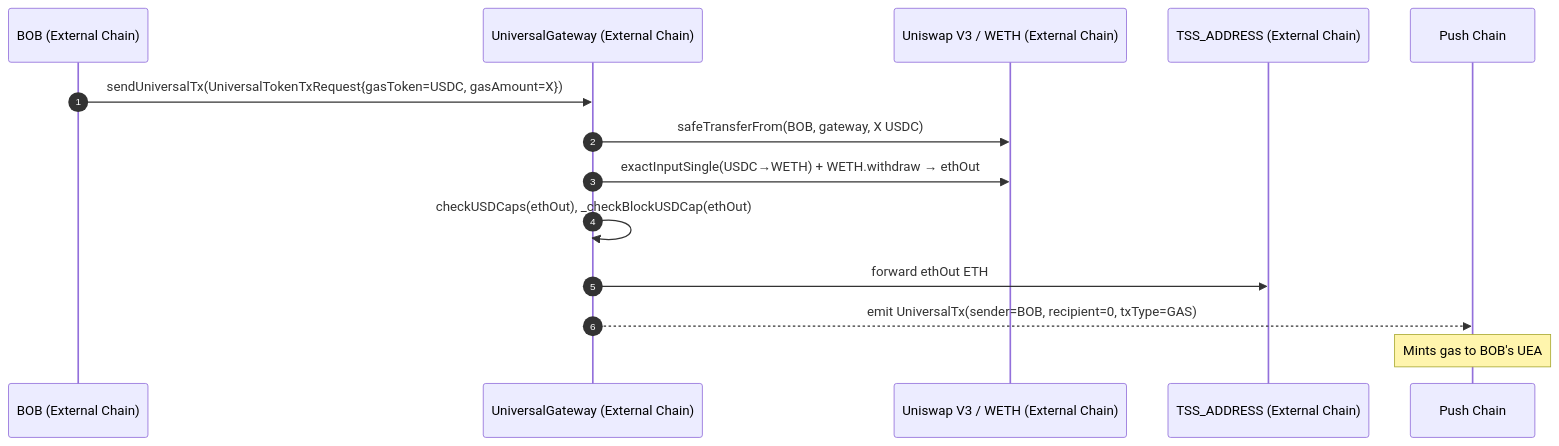
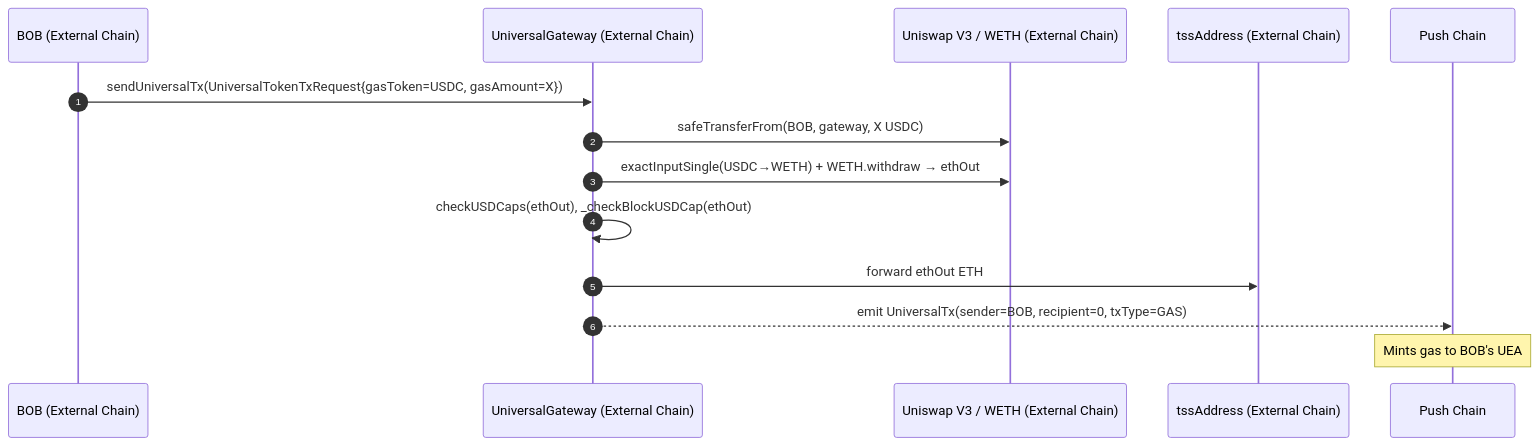
Before and after one commit to pushchain/push-chain-interop-contracts: the second of 9 diagrams in contracts/evm-gateway/docs/5_InboundTx_Flows.md, drawn with Mermaid. The commit also changed other lines of this file and 31 other files, not shown here.

````diff
--- a/contracts/evm-gateway/docs/5_InboundTx_Flows.md
+++ b/contracts/evm-gateway/docs/5_InboundTx_Flows.md
@@ -181,17 +181,17 @@
 ```mermaid
 sequenceDiagram
     autonumber
     participant BOB as BOB (External Chain)
     participant GW as UniversalGateway (External Chain)
     participant V3 as Uniswap V3 / WETH (External Chain)
-    participant TSS as TSS_ADDRESS (External Chain)
+    participant TSS as tssAddress (External Chain)
     participant PC as Push Chain
 
     BOB->>GW: sendUniversalTx(UniversalTokenTxRequest{gasToken=USDC, gasAmount=X})
     GW->>V3: safeTransferFrom(BOB, gateway, X USDC)
     GW->>V3: exactInputSingle(USDC→WETH) + WETH.withdraw → ethOut
     GW->>GW: checkUSDCaps(ethOut), _checkBlockUSDCap(ethOut)
     GW->>TSS: forward ethOut ETH
     GW-->>PC: emit UniversalTx(sender=BOB, recipient=0, txType=GAS)
     Note over PC: Mints gas to BOB's UEA
 ```
````
